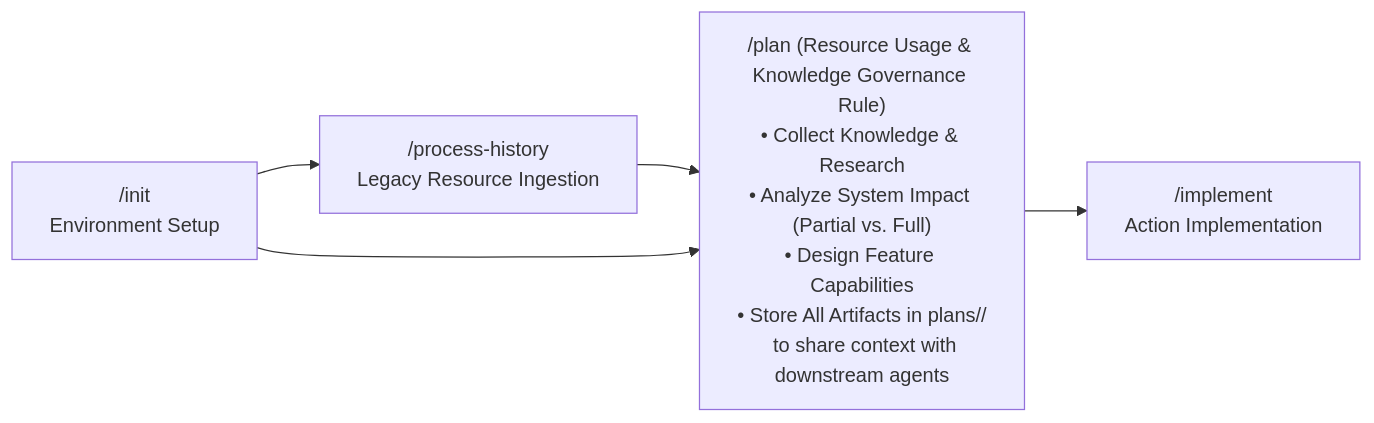
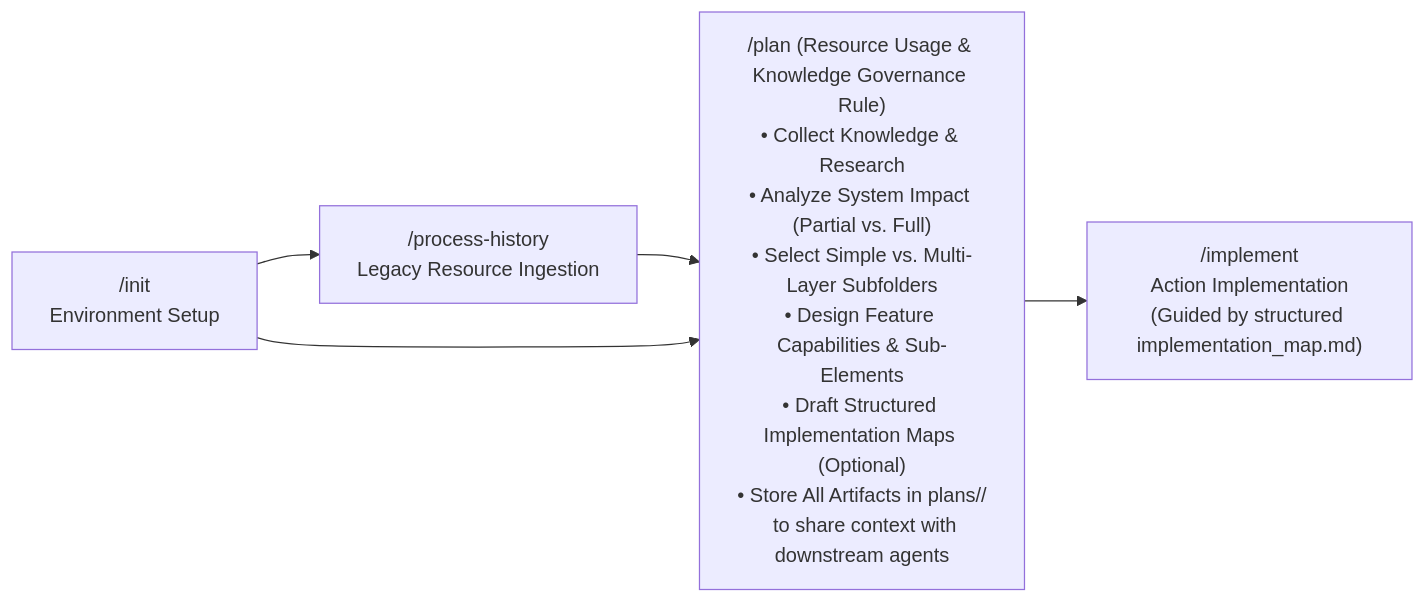
Before and after one commit to hrvthgergo/agent-driven-templates: the first of 3 diagrams in fullstack_software_dev/plan/plan_workflow.md, drawn with Mermaid. The commit also changed other lines of this file and 2 other files, not shown here.

Commit message:
docs(plan): add implementation_map_taxonomy.md and multi-layer sub-element architecture in plan_workflow.md

````diff
--- a/fullstack_software_dev/plan/plan_workflow.md
+++ b/fullstack_software_dev/plan/plan_workflow.md
@@ -11,7 +11,7 @@
 ```mermaid
 graph LR
     Init["/init<br/>Environment Setup"] --> ProcHist["/process-history<br/>Legacy Resource Ingestion"]
-    ProcHist --> Plan["/plan (Resource Usage & Knowledge Governance Rule)<br/>• Collect Knowledge & Research<br/>• Analyze System Impact (Partial vs. Full)<br/>• Design Feature Capabilities<br/>• Store All Artifacts in plans/<feature-name>/<br/>  to share context with downstream agents"]
+    ProcHist --> Plan["/plan (Resource Usage & Knowledge Governance Rule)<br/>• Collect Knowledge & Research<br/>• Analyze System Impact (Partial vs. Full)<br/>• Select Simple vs. Multi-Layer Subfolders<br/>• Design Feature Capabilities & Sub-Elements<br/>• Draft Structured Implementation Maps (Optional)<br/>• Store All Artifacts in plans/<feature-name>/<br/>  to share context with downstream agents"]
     Init --> Plan
-    Plan --> Implement["/implement<br/>Action Implementation"]
+    Plan --> Implement["/implement<br/>Action Implementation<br/>(Guided by structured implementation_map.md)"]
 ```
````
